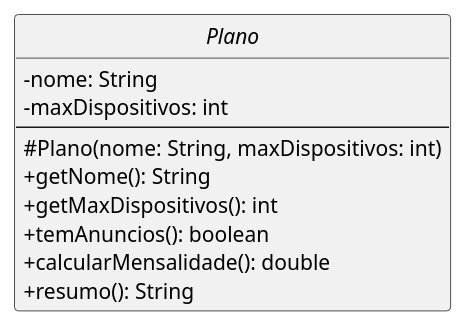
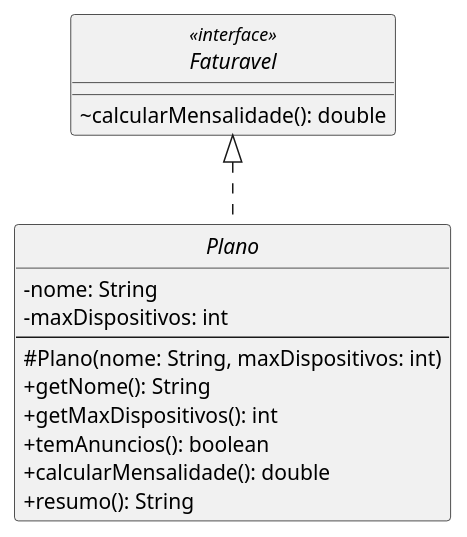
Before and after one commit to viictor-h-amaral/FaculBCC: the diagram in docs/pumls/contracts/Plano.puml, drawn with PlantUML. The commit also changed 10 other files, not shown here.

Commit message:
Ajuste do diagrama de classes (final) de display do projeto. Apenas arquivos .puml

```diff
--- a/docs/pumls/contracts/Plano.puml
+++ b/docs/pumls/contracts/Plano.puml
@@ -6,17 +6,21 @@
 @startuml
 skinparam classAttributeIconSize 0
 hide circle
 
-abstract class Plano {
+interface Faturavel <<interface>> {
+  ~calcularMensalidade(): double
+}
+
+abstract class Plano implements Faturavel {
   -nome: String
   -maxDispositivos: int
   --
   #Plano(nome: String, maxDispositivos: int)
   +getNome(): String
   +getMaxDispositivos(): int
   +temAnuncios(): boolean
   +calcularMensalidade(): double
   +resumo(): String
 }
 
 @enduml
```
